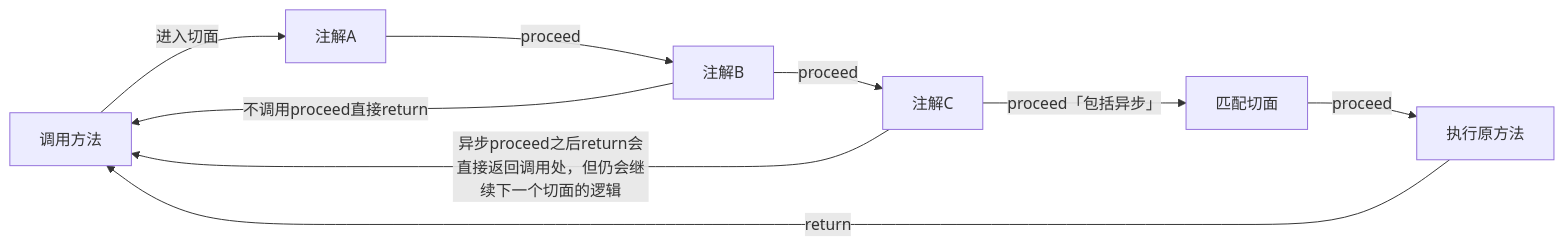
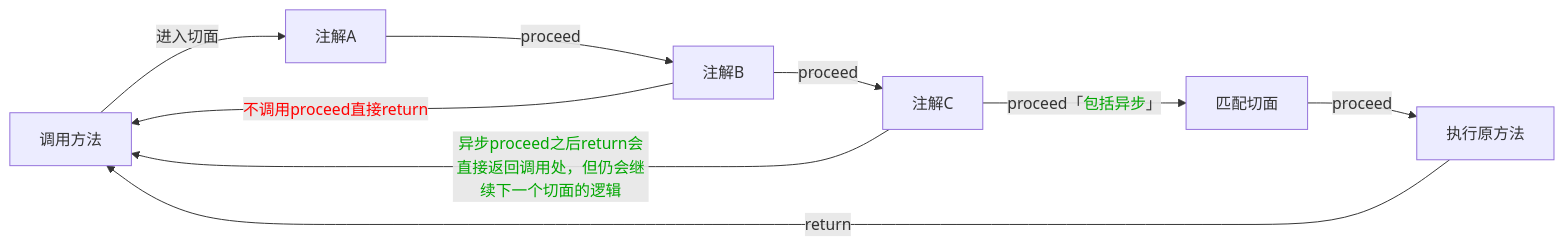
One commit to FlyJingFish/AndroidAOP changed the diagram in docs/zh/ProceedJoinPoint.md. Above: the diagram before and after it, drawn with Mermaid. The commit also changed other lines of this file and 2 other files, not shown here.

Commit message:
1、修改文档

````diff
--- a/docs/zh/ProceedJoinPoint.md
+++ b/docs/zh/ProceedJoinPoint.md
@@ -24,11 +24,11 @@
 ``` mermaid
 graph LR
 X[调用方法] --> |进入切面| A[注解A];
 A[注解A] --> |proceed| B[注解B];
 B --> |proceed| C[注解C];
-B --> |不调用proceed直接return| X;
-C --> |异步proceed之后return会直接返回调用处，但仍会继续下一个切面的逻辑| X;
-C --> |proceed「包括异步」| D[匹配切面];
+B --> |<span style='color:red'>不调用proceed直接return</span>| X;
+C --> |<span style='color:#00A600'>异步proceed之后return会直接返回调用处，但仍会继续下一个切面的逻辑</span>| X;
+C --> |proceed「<span style='color:#00A600'>包括异步</span>」| D[匹配切面];
 D --> |proceed| E[执行原方法];
 E --> |return| X;
 ```
````
